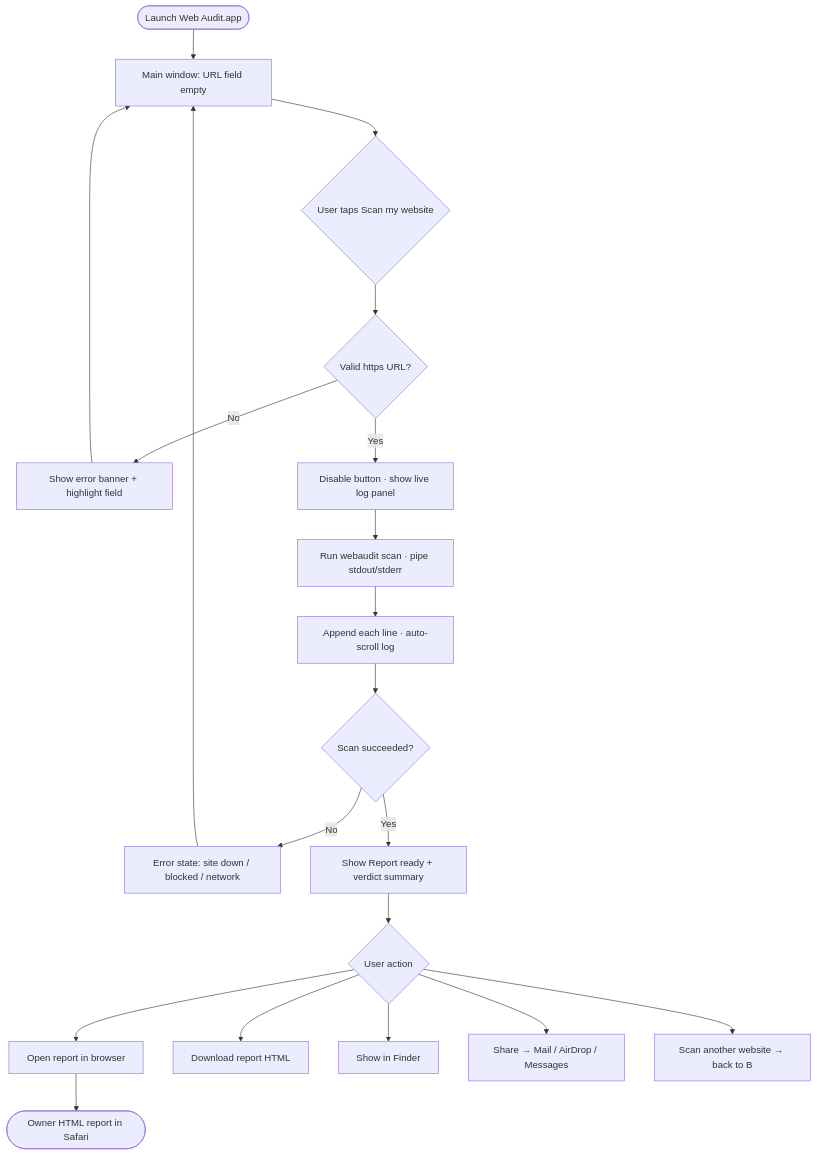
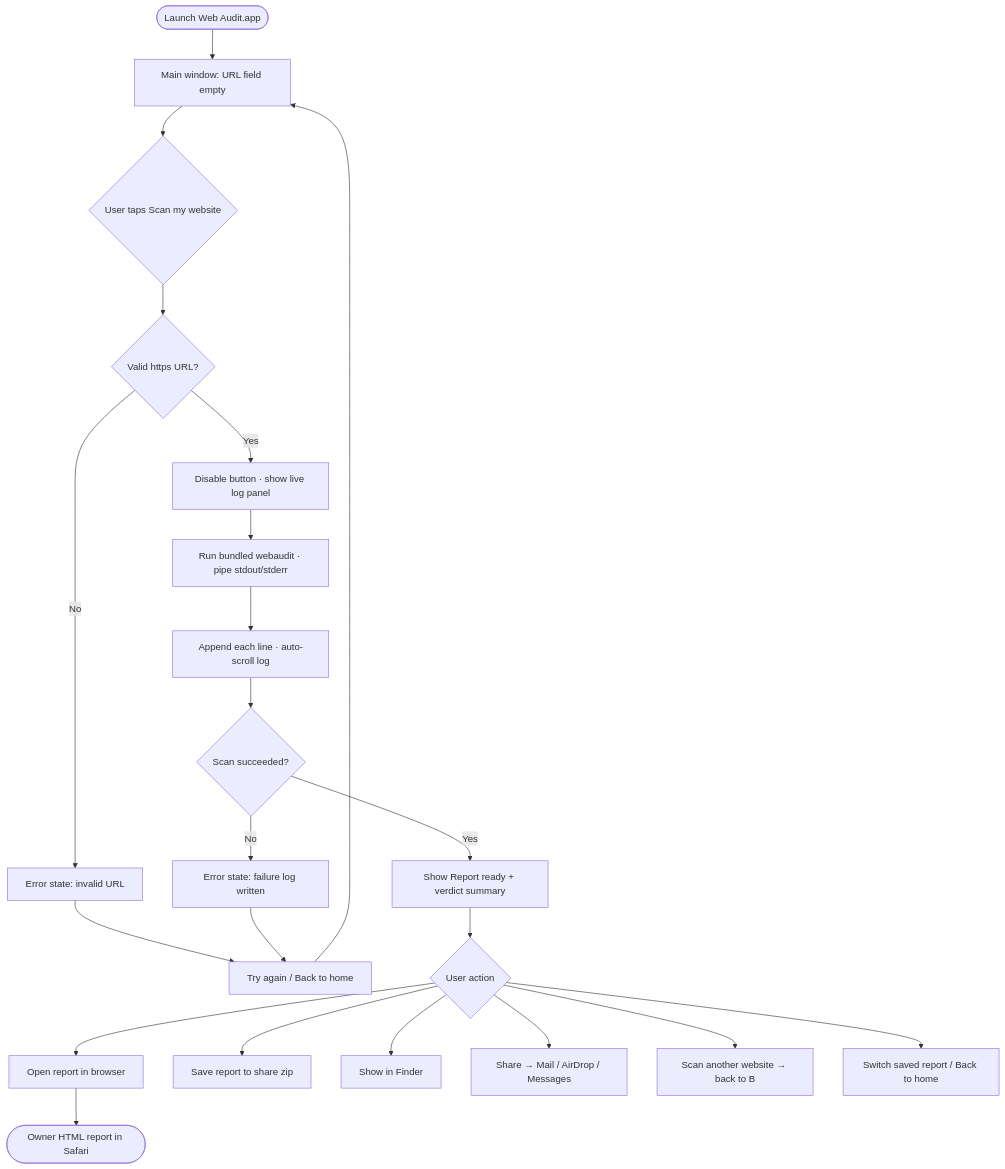
Before and after one commit to Vlad-1618M/web_audit: the first of 5 diagrams in designs/swift/user-flow.md, drawn with Mermaid. The commit also changed other lines of this file and 75 other files, not shown here.

````diff
--- a/designs/swift/user-flow.md
+++ b/designs/swift/user-flow.md
@@ -9,22 +11,24 @@
 ```mermaid
 flowchart TD
   A([Launch Web Audit.app]) --> B[Main window: URL field empty]
   B --> C{User taps Scan my website}
   C --> D{Valid https URL?}
-  D -->|No| E[Show error banner + highlight field]
-  E --> B
+  D -->|No| E[Error state: invalid URL]
+  E --> T[Try again / Back to home]
+  T --> B
   D -->|Yes| F[Disable button · show live log panel]
-  F --> G[Run webaudit scan · pipe stdout/stderr]
+  F --> G[Run bundled webaudit · pipe stdout/stderr]
   G --> H[Append each line · auto-scroll log]
   H --> I{Scan succeeded?}
-  I -->|No| J[Error state: site down / blocked / network]
-  J --> B
+  I -->|No| J[Error state: failure log written]
+  J --> T
   I -->|Yes| K[Show Report ready + verdict summary]
   K --> L{User action}
   L --> M[Open report in browser]
-  L --> N[Download report HTML]
+  L --> N[Save report to share zip]
   L --> O[Show in Finder]
   L --> P[Share → Mail / AirDrop / Messages]
   L --> Q[Scan another website → back to B]
-  M --> R([Owner HTML report in Safari])
+  L --> R[Switch saved report / Back to home]
+  M --> S([Owner HTML report in Safari])
 ```
````
